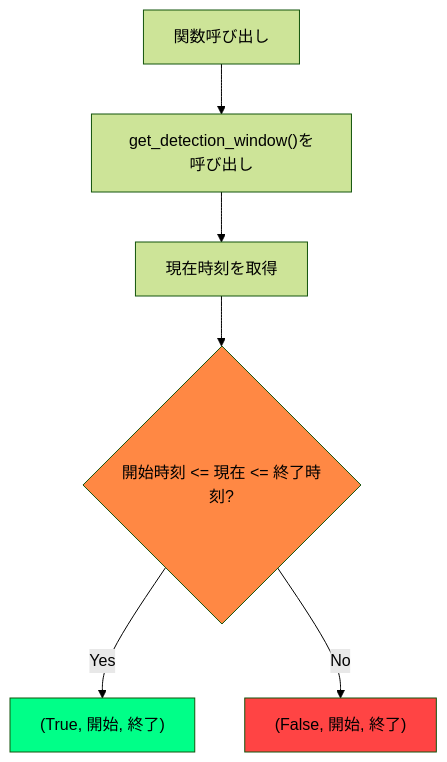
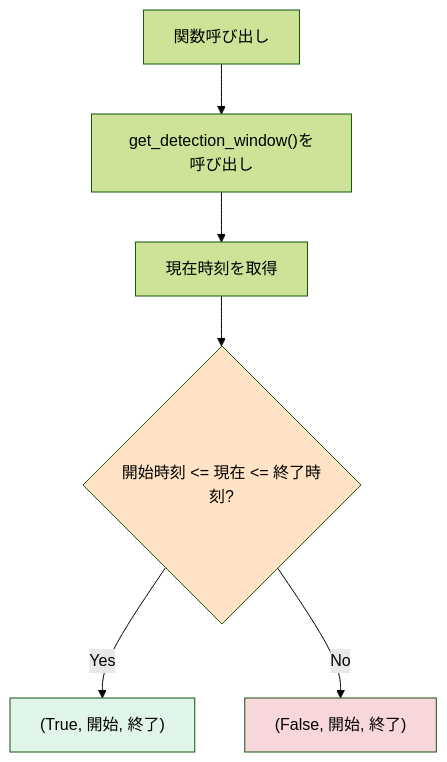
One commit to Masakai/meteo changed the second of 4 diagrams in documents/ASTRO_UTILS.md. Above: the diagram before and after it, drawn with Mermaid (forest theme). The commit also changed other lines of this file and 8 other files, not shown here.

Commit message:
- Mermaidダイアグラム用スタイルのカラーパレットを調整   - セーフティカラーを温和なトーンへ変更   - Mermaidテーマ設定のドキュメントやスクリプトを更新 - WebRTC/Go2RTC関連のドキュメント強化   - `go2rtc` コンテナ仕様、図解を追加   - ダッシュボード埋め込み方式とストリーミング設定を反映   - 構築手順にポートや依存関係情報を補足

````diff
--- a/documents/ASTRO_UTILS.md
+++ b/documents/ASTRO_UTILS.md
@@ -163,19 +163,19 @@
 ```mermaid
 flowchart TD
     Start["関数呼び出し"]
     GetWindow["get_detection_window()を呼び出し"]
     GetNow["現在時刻を取得"]
     Compare{"開始時刻 <= 現在 <= 終了時刻?"}
     ReturnTrue["(True, 開始, 終了)"]
     ReturnFalse["(False, 開始, 終了)"]
 
     Start --> GetWindow
     GetWindow --> GetNow
     GetNow --> Compare
     Compare -->|"Yes"| ReturnTrue
     Compare -->|"No"| ReturnFalse
 
-    style Compare fill:#ff8844
-    style ReturnTrue fill:#00ff88
-    style ReturnFalse fill:#ff4444
+    style Compare fill:#ffe3c4
+    style ReturnTrue fill:#dff6e8
+    style ReturnFalse fill:#f8d7da
 ```
````
